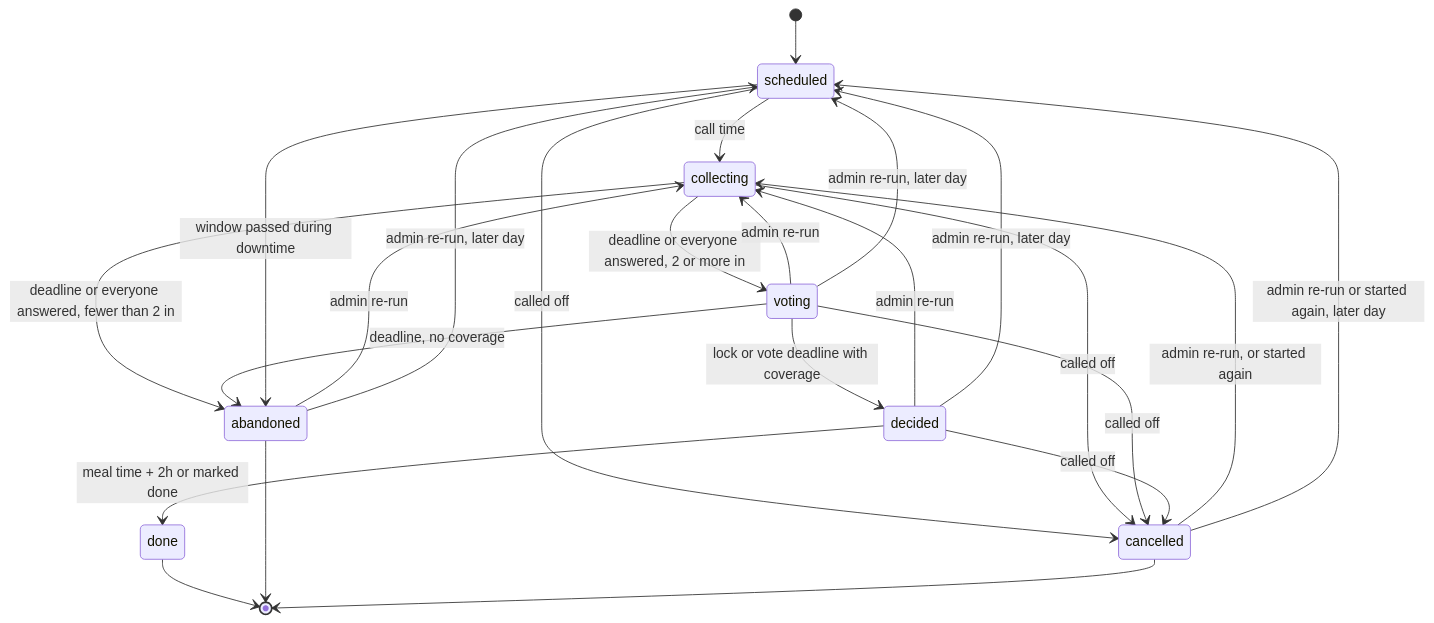
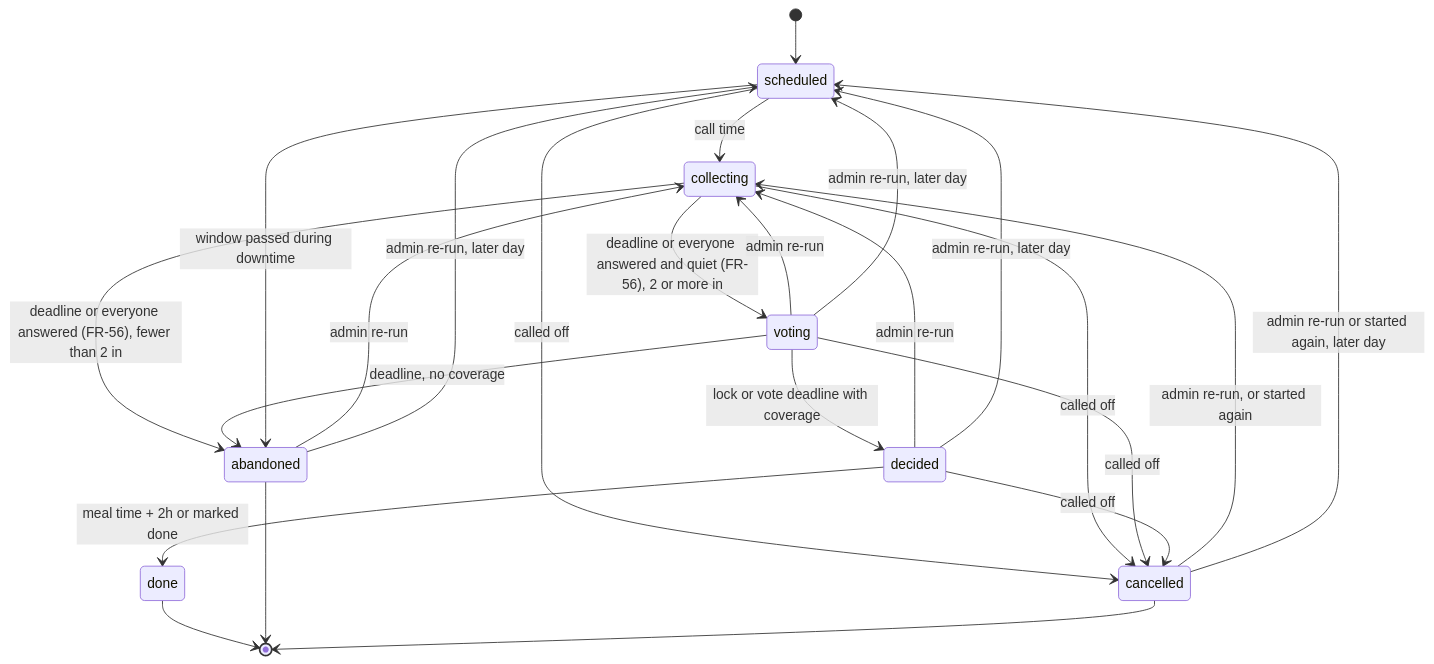
Before and after one commit to dsmorgan/dinnerbell: the diagram in docs/spec.md, drawn with Mermaid. The commit also changed other lines of this file and 13 other files, not shown here.

````diff
--- a/docs/spec.md
+++ b/docs/spec.md
@@ -304,26 +304,26 @@
 ```mermaid
 stateDiagram-v2
     [*] --> scheduled
     scheduled --> collecting: call time
-    collecting --> abandoned: deadline or everyone answered, fewer than 2 in
-    collecting --> voting: deadline or everyone answered, 2 or more in
+    collecting --> abandoned: deadline or everyone answered (FR-56), fewer than 2 in
+    collecting --> voting: deadline or everyone answered and quiet (FR-56), 2 or more in
     voting --> decided: lock or vote deadline with coverage
     voting --> abandoned: deadline, no coverage
     decided --> done: meal time + 2h or marked done
     scheduled --> cancelled: called off
     scheduled --> abandoned: window passed during downtime
     collecting --> cancelled: called off
     voting --> cancelled: called off
     decided --> cancelled: called off
     voting --> collecting: admin re-run
     decided --> collecting: admin re-run
     abandoned --> collecting: admin re-run
     cancelled --> collecting: admin re-run, or started again
     voting --> scheduled: admin re-run, later day
     decided --> scheduled: admin re-run, later day
     abandoned --> scheduled: admin re-run, later day
     cancelled --> scheduled: admin re-run or started again, later day
     done --> [*]
     abandoned --> [*]
     cancelled --> [*]
 ```
````
